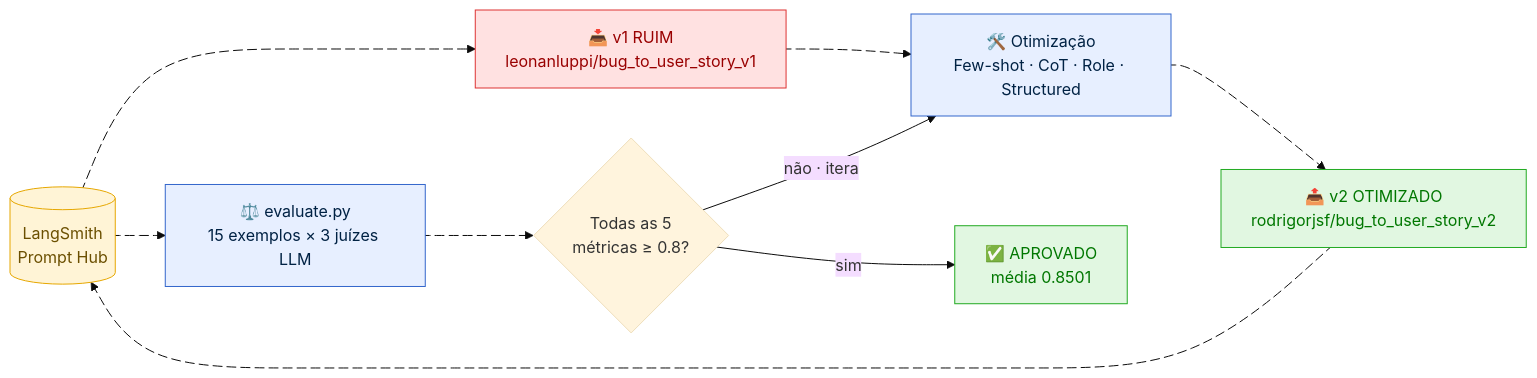
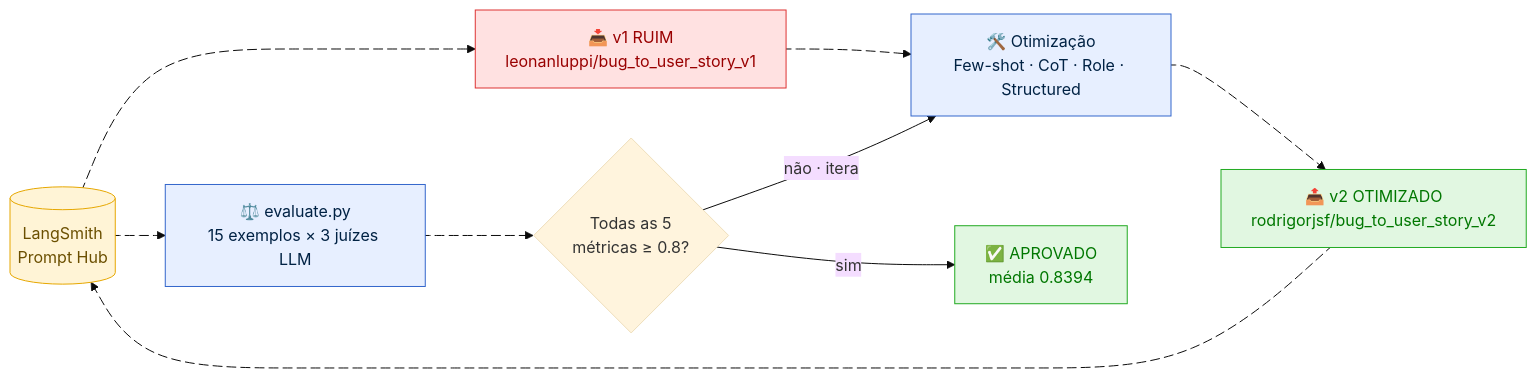
One commit to rodrigorjsf/mba-ia-pull-evaluation-prompt changed the first of 3 diagrams in README.md. Above: the diagram before and after it, drawn with Mermaid (base theme). The commit also changed other lines of this file and 2 other files, not shown here.

````diff
--- a/README.md
+++ b/README.md
@@ -14,35 +14,35 @@
 ```mermaid
 flowchart LR
     Hub[("LangSmith<br/>Prompt Hub")]
     V1["📥 v1 RUIM<br/>leonanluppi/bug_to_user_story_v1"]
     OPT["🛠️ Otimização<br/>Few-shot · CoT · Role · Structured"]
     V2["📤 v2 OTIMIZADO<br/>rodrigorjsf/bug_to_user_story_v2"]
     EVAL["⚖️ evaluate.py<br/>15 exemplos × 3 juízes LLM"]
     GATE{"Todas as 5<br/>métricas ≥ 0.8?"}
-    DONE["✅ APROVADO<br/>média 0.8501"]
+    DONE["✅ APROVADO<br/>média 0.8394"]
 
     Hub e1@--> V1
     V1 e2@--> OPT
     OPT e3@--> V2
     V2 e4@--> Hub
     Hub e5@--> EVAL
     EVAL e6@--> GATE
     GATE -->|"não · itera"| OPT
     GATE -->|sim| DONE
 
     e1@{ animate: true }
     e2@{ animate: true }
     e3@{ animate: true }
     e4@{ animate: true }
     e5@{ animate: true }
     e6@{ animate: true }
 
     classDef bad  fill:#ffe1e1,stroke:#d33,color:#900
     classDef good fill:#e1f7e1,stroke:#2a2,color:#070
     classDef proc fill:#e7efff,stroke:#36c,color:#024
     classDef hub  fill:#fff4d6,stroke:#e6a700,color:#6b4f00
     class V1 bad
     class V2,DONE good
     class OPT,EVAL proc
     class Hub hub
 ```
````
